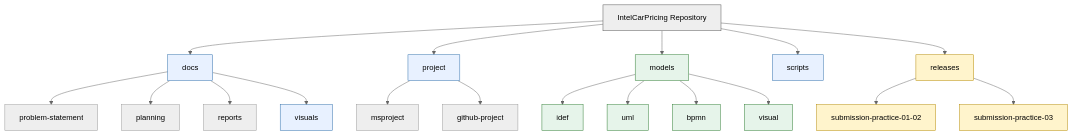
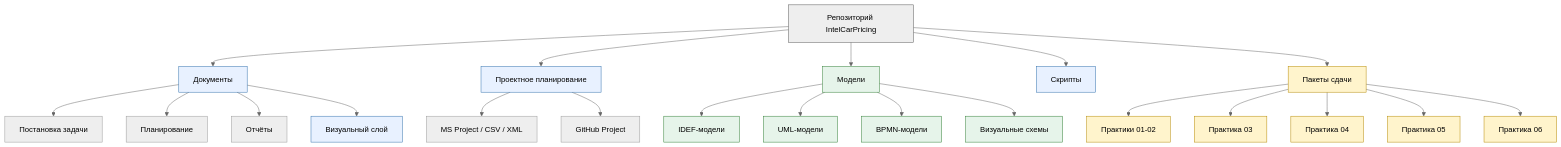
The third of 5 diagrams in docs/visuals/project-dashboard.md (andreyobloff/IntelCarPricing), drawn with Mermaid (neutral theme) before and after one commit. The commit also changed other lines of this file, not shown here.

Commit message:
docs: translate project dashboard to Russian

````diff
--- a/docs/visuals/project-dashboard.md
+++ b/docs/visuals/project-dashboard.md
@@ -61,35 +61,38 @@
 ```mermaid
 flowchart TD
-    R["IntelCarPricing Repository"]
-    R --> D["docs"]
-    R --> P["project"]
-    R --> M["models"]
-    R --> S["scripts"]
-    R --> Rel["releases"]
+    R["Репозиторий IntelCarPricing"]
+    R --> D["Документы"]
+    R --> P["Проектное планирование"]
+    R --> M["Модели"]
+    R --> S["Скрипты"]
+    R --> Rel["Пакеты сдачи"]
 
-    D --> PS["problem-statement"]
-    D --> PL["planning"]
-    D --> Rep["reports"]
-    D --> Vis["visuals"]
+    D --> PS["Постановка задачи"]
+    D --> PL["Планирование"]
+    D --> Rep["Отчёты"]
+    D --> Vis["Визуальный слой"]
 
-    P --> MSP["msproject"]
-    P --> GHP["github-project"]
+    P --> MSP["MS Project / CSV / XML"]
+    P --> GHP["GitHub Project"]
 
-    M --> IDEF["idef"]
-    M --> UML["uml"]
-    M --> BPMN["bpmn"]
-    M --> Visual["visual"]
+    M --> IDEF["IDEF-модели"]
+    M --> UML["UML-модели"]
+    M --> BPMN["BPMN-модели"]
+    M --> Visual["Визуальные схемы"]
 
-    Rel --> Sub01["submission-practice-01-02"]
-    Rel --> Sub03["submission-practice-03"]
+    Rel --> Sub01["Практики 01-02"]
+    Rel --> Sub03["Практика 03"]
+    Rel --> Sub04["Практика 04"]
+    Rel --> Sub05["Практика 05"]
+    Rel --> Sub06["Практика 06"]
 
     classDef repo fill:#eeeeee,stroke:#555555,stroke-width:1px;
     classDef docs fill:#e8f1ff,stroke:#2f6fab,stroke-width:1px;
     classDef models fill:#e6f4ea,stroke:#2e7d32,stroke-width:1px;
     classDef release fill:#fff4cc,stroke:#b58900,stroke-width:1px;
 
     class R repo;
     class D,P,S,Vis docs;
     class M,IDEF,UML,BPMN,Visual models;
-    class Rel,Sub01,Sub03 release;
+    class Rel,Sub01,Sub03,Sub04,Sub05,Sub06 release;
 ```
````
